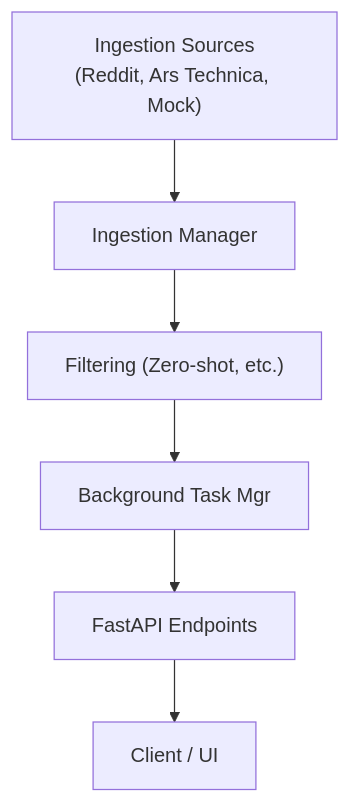
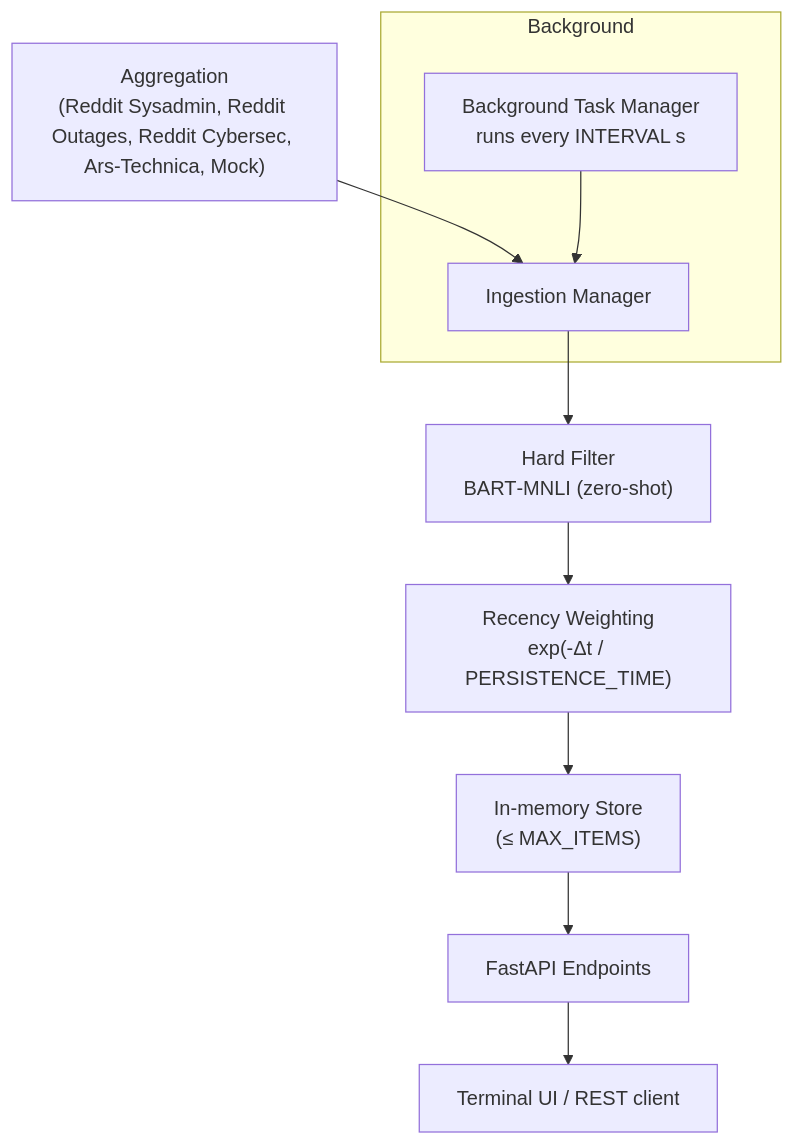
One commit to UmbertoTomasini/newsfeed changed the diagram in README.md. Above: the diagram before and after it, drawn with Mermaid. The commit also changed other lines of this file, not shown here.

````diff
--- a/README.md
+++ b/README.md
@@ -73,8 +73,12 @@
 ```mermaid
 flowchart TD
-    A["Ingestion Sources<br/>(Reddit, Ars Technica, Mock)"] --> B["Ingestion Manager"]
-    B --> C["Filtering (Zero‑shot, etc.)"]
-    C --> D["Background Task Mgr"]
-    D --> E["FastAPI Endpoints"]
-    E --> F["Client / UI"]
+    src["Aggregation<br/>(Reddit Sysadmin, Reddit Outages, Reddit Cybersec, Ars‑Technica, Mock)"] --> mgr["Ingestion Manager"]
+    mgr --> hf["Hard Filter<br/>BART‑MNLI (zero‑shot)"]
+    hf --> rec["Recency Weighting<br/>exp(-Δt / PERSISTENCE_TIME)"]
+    rec --> mem["In‑memory Store<br/>(≤ MAX_ITEMS)"]
+    subgraph Background
+        timer["Background Task Manager<br/>runs every INTERVAL s"] --> mgr
+    end
+    mem --> api["FastAPI Endpoints"]
+    api --> ui["Terminal UI / REST client"]
 ```
````
